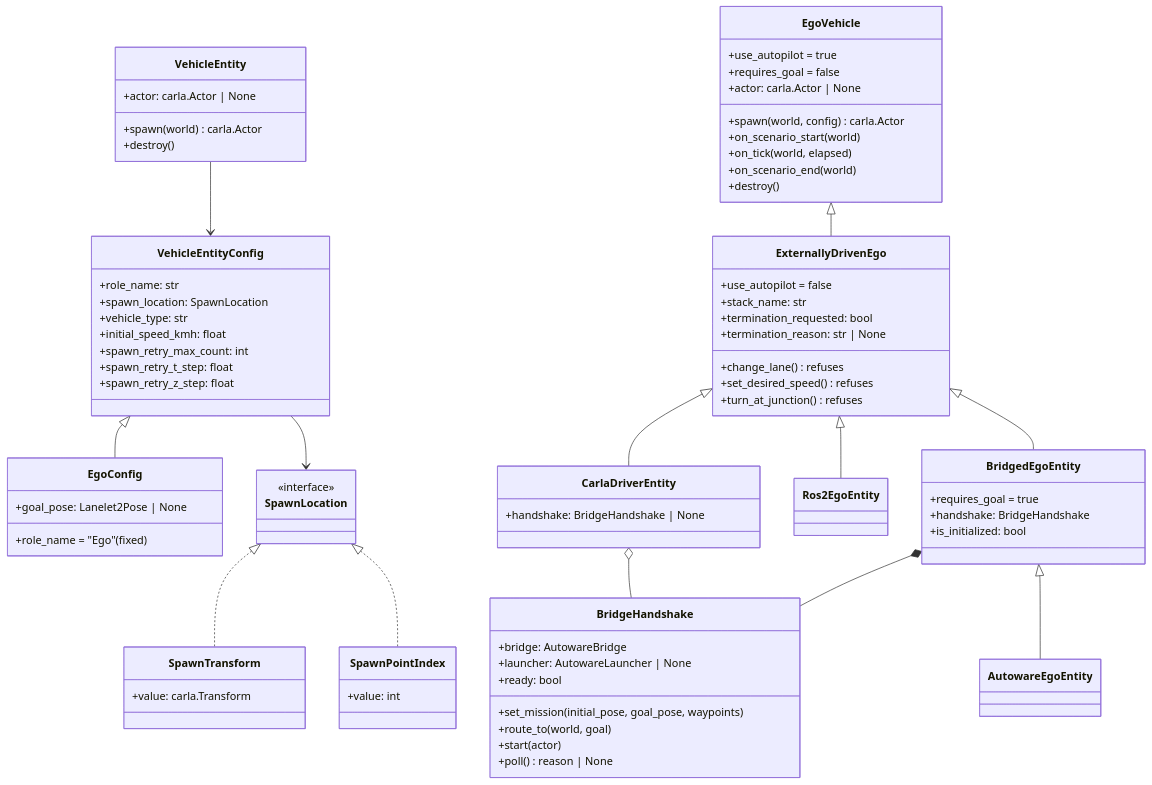
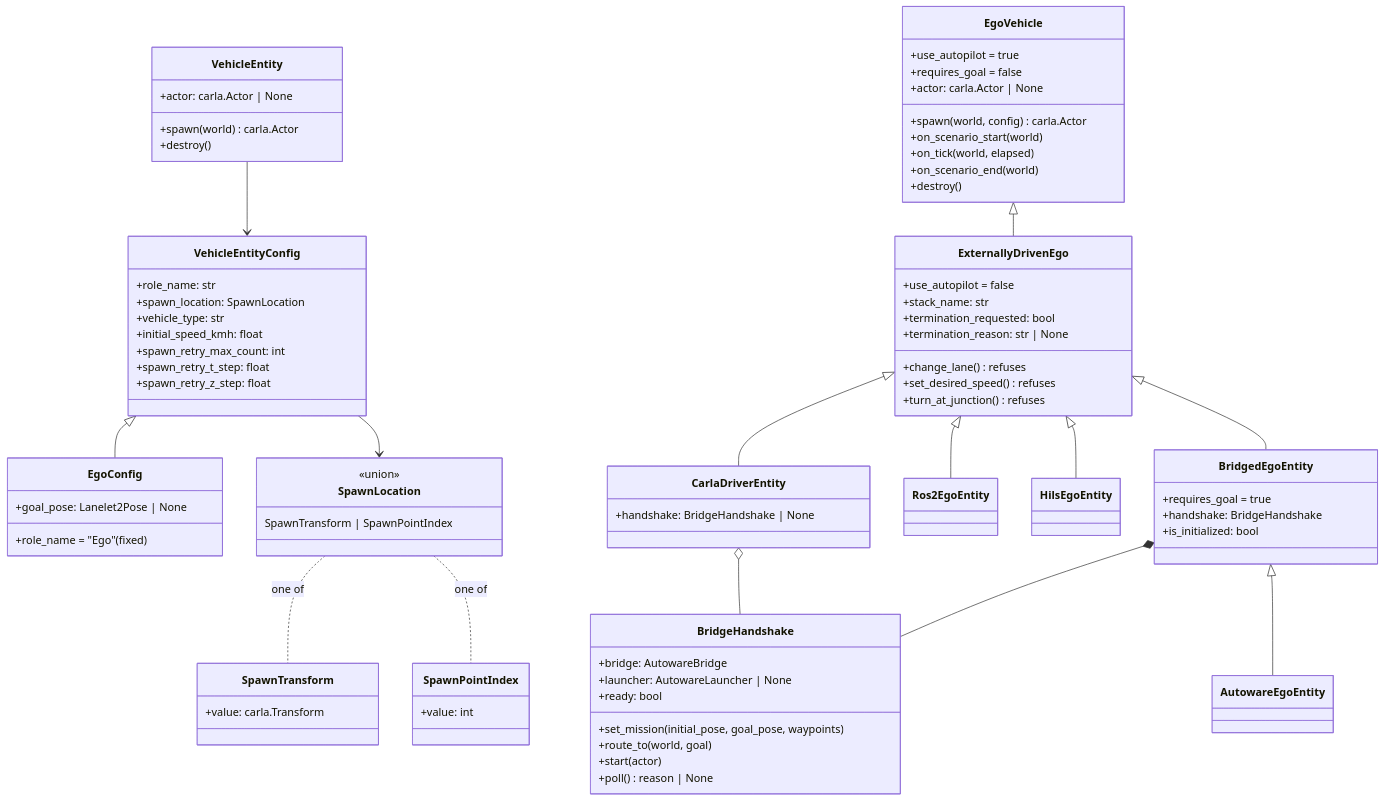
Before and after one commit to autowarefoundation/autoware_carla_scenario: diagram 11 of 13 in autoware_carla_scenario/docs/architecture.md, drawn with Mermaid. The commit also changed other lines of this file and 9 other files, not shown here.

First line of the commit message:
fix(entity): compare config subclasses' own state, dedupe spawn retries (#2534)

```diff
--- a/autoware_carla_scenario/docs/architecture.md
+++ b/autoware_carla_scenario/docs/architecture.md
@@ -1318,7 +1318,8 @@
     }
 
     class SpawnLocation {
-        <<interface>>
+        <<union>>
+        SpawnTransform | SpawnPointIndex
     }
 
     class SpawnTransform {
@@ -1372,6 +1373,8 @@
 
     class Ros2EgoEntity
 
+    class HilsEgoEntity
+
     class BridgedEgoEntity {
         +requires_goal = true
         +handshake: BridgeHandshake
@@ -1381,13 +1384,14 @@
     class AutowareEgoEntity
 
     VehicleEntityConfig <|-- EgoConfig
-    SpawnLocation <|.. SpawnTransform
-    SpawnLocation <|.. SpawnPointIndex
+    SpawnLocation .. SpawnTransform : one of
+    SpawnLocation .. SpawnPointIndex : one of
     VehicleEntityConfig --> SpawnLocation
     VehicleEntity --> VehicleEntityConfig
     EgoVehicle <|-- ExternallyDrivenEgo
     ExternallyDrivenEgo <|-- CarlaDriverEntity
     ExternallyDrivenEgo <|-- Ros2EgoEntity
+    ExternallyDrivenEgo <|-- HilsEgoEntity
     ExternallyDrivenEgo <|-- BridgedEgoEntity
     BridgedEgoEntity <|-- AutowareEgoEntity
     BridgedEgoEntity *-- BridgeHandshake
```
